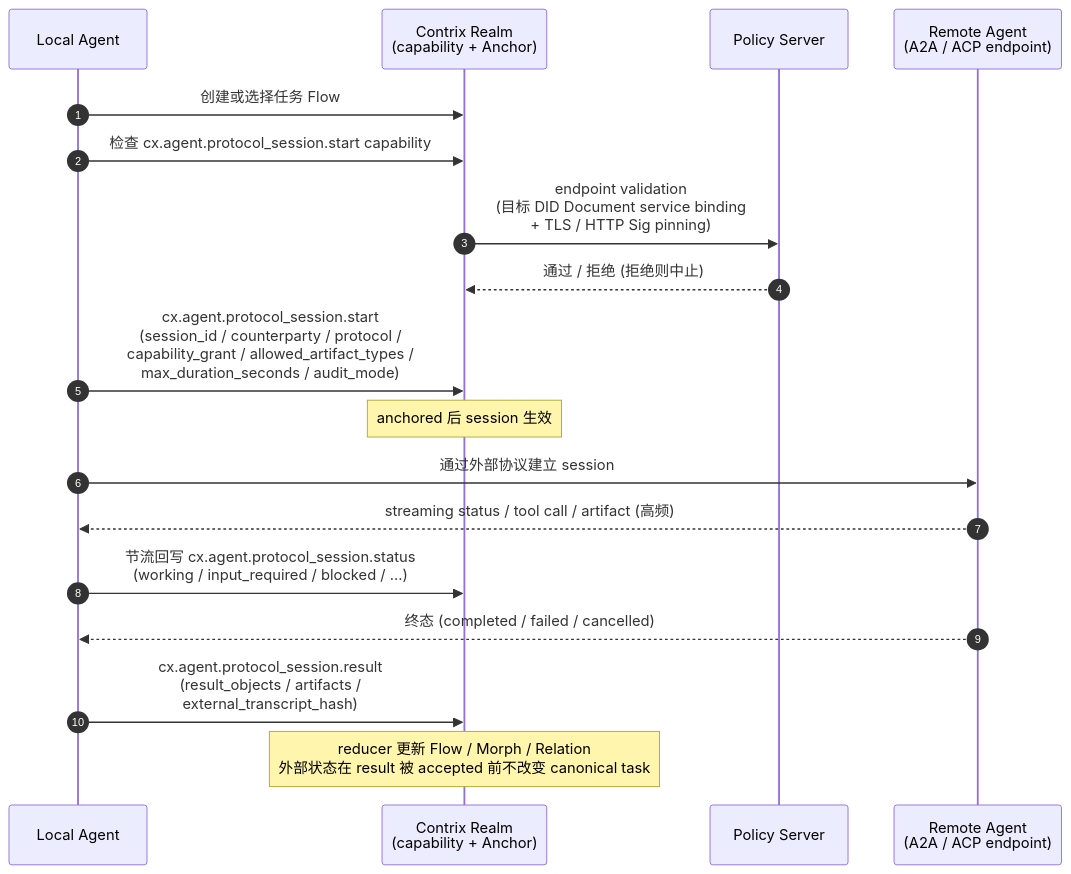
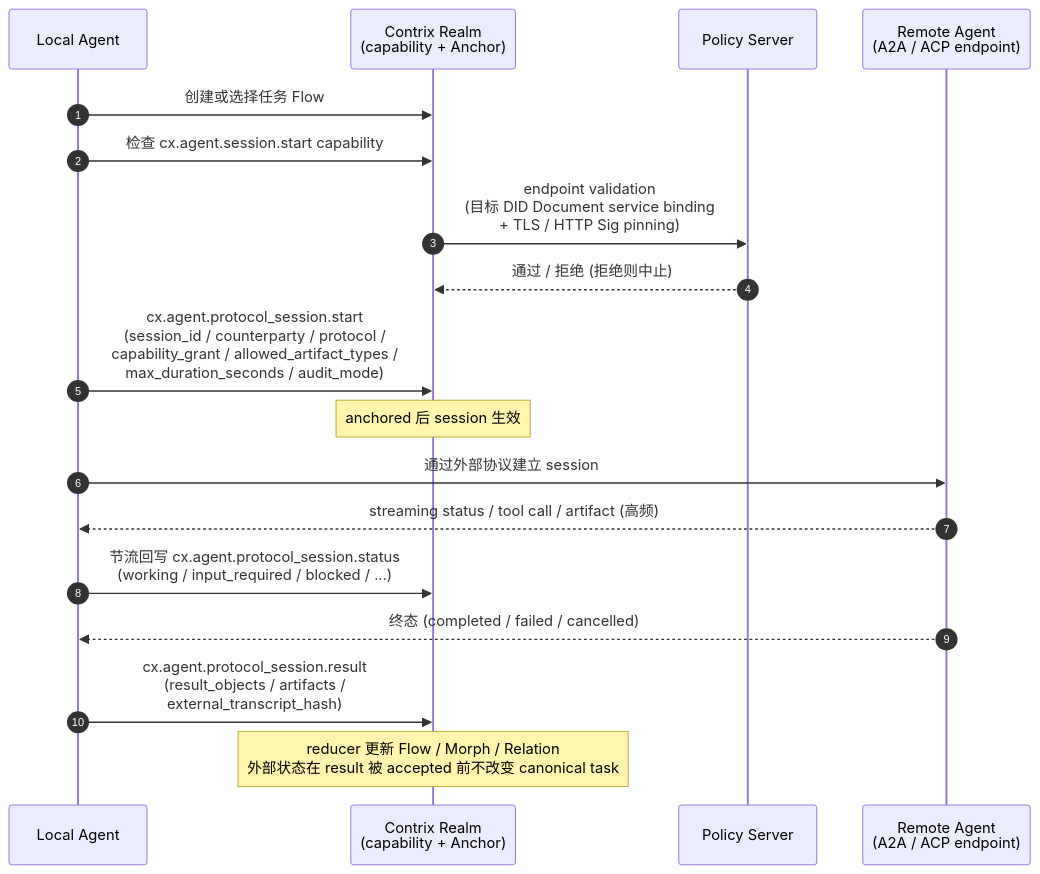
Before and after one commit to arkret-org/arkret-spec: the diagram in spec/v1/zh/extensions/agent-protocol-interop.md, drawn with Mermaid. The commit also changed other lines of this file and 18 other files, not shown here.

First line of the commit message:
Refactor agent protocol interop and MIMI interop specifications

````diff
--- a/spec/v1/zh/extensions/agent-protocol-interop.md
+++ b/spec/v1/zh/extensions/agent-protocol-interop.md
@@ -201,23 +201,23 @@
 ```mermaid
 sequenceDiagram
     autonumber
     participant LocalAg as Local Agent
     participant Cx as Contrix Realm<br>(capability + Anchor)
     participant Pol as Policy Server
     participant Remote as Remote Agent<br>(A2A / ACP endpoint)
 
     LocalAg->>Cx: 创建或选择任务 Flow
-    LocalAg->>Cx: 检查 cx.agent.protocol_session.start capability
+    LocalAg->>Cx: 检查 cx.agent.session.start capability
     Cx->>Pol: endpoint validation<br>(目标 DID Document service binding<br> + TLS / HTTP Sig pinning)
     Pol-->>Cx: 通过 / 拒绝 (拒绝则中止)
     LocalAg->>Cx: cx.agent.protocol_session.start<br>(session_id / counterparty / protocol /<br> capability_grant / allowed_artifact_types /<br> max_duration_seconds / audit_mode)
     note over Cx: anchored 后 session 生效
 
     LocalAg->>Remote: 通过外部协议建立 session
     Remote-->>LocalAg: streaming status / tool call / artifact (高频)
     LocalAg->>Cx: 节流回写 cx.agent.protocol_session.status<br>(working / input_required / blocked / ...)
 
     Remote-->>LocalAg: 终态 (completed / failed / cancelled)
     LocalAg->>Cx: cx.agent.protocol_session.result<br>(result_objects / artifacts /<br> external_transcript_hash)
     note over Cx: reducer 更新 Flow / Morph / Relation<br>外部状态在 result 被 accepted 前不改变 canonical task
 ```
````
